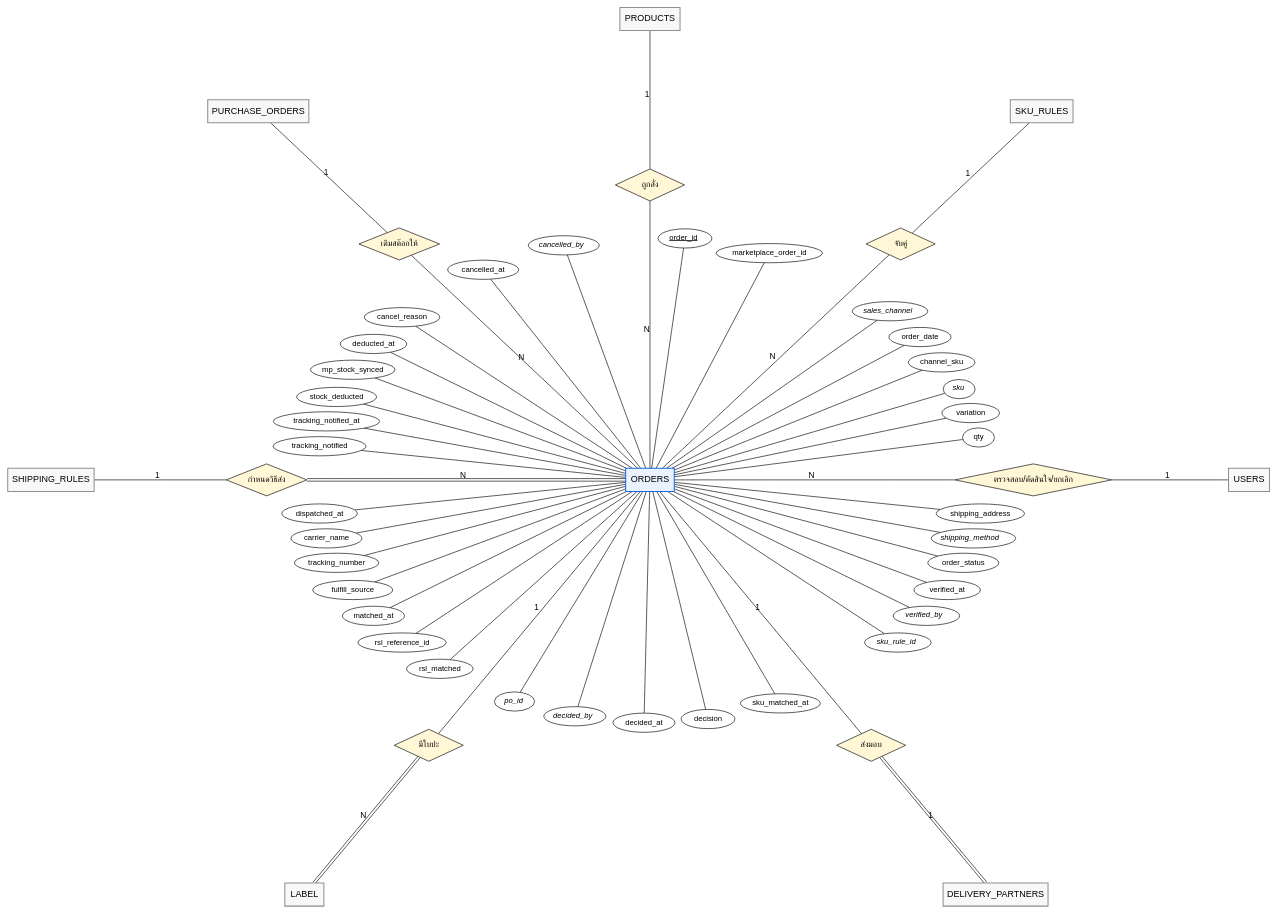
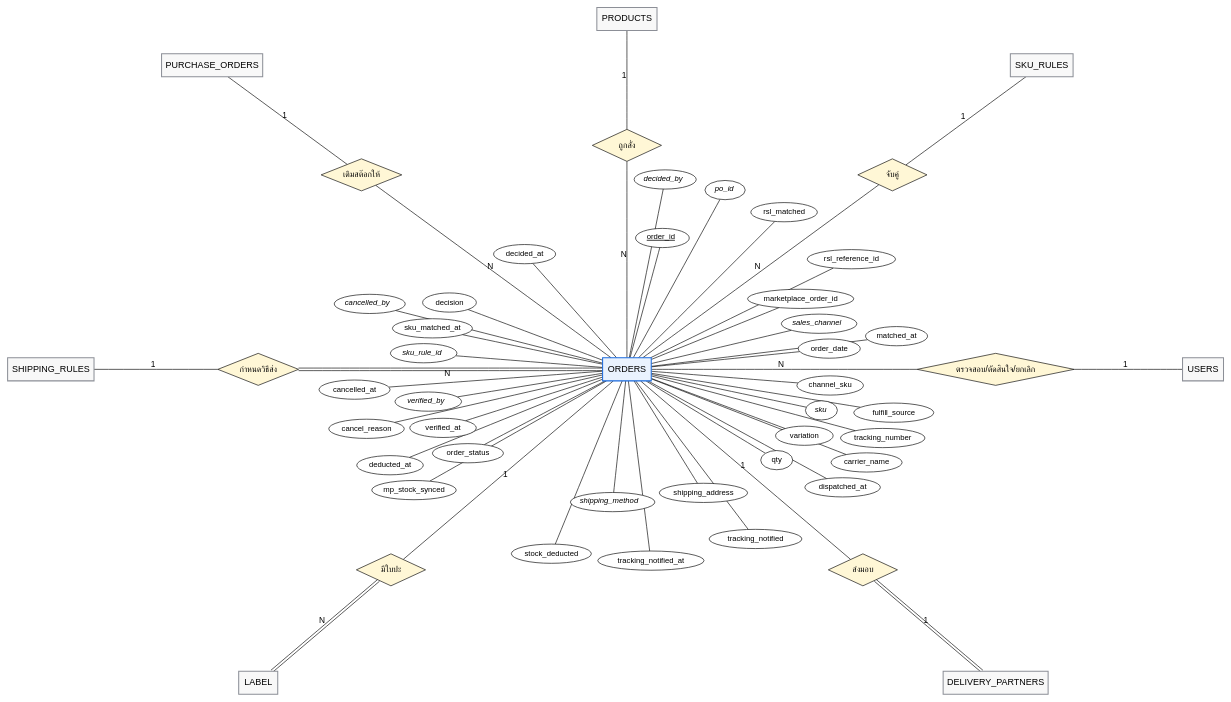
One commit to xbpkdi/321-sa-proj changed the diagram in 04-chapter2-diagrams-database/diagrams/src/er-1.dot. Above: the diagram before and after it, drawn with Graphviz. The commit also changed 32 other files, not shown here.

Commit message:
docs: split class diagrams into smaller groups and tighten orders er

```diff
--- a/04-chapter2-diagrams-database/diagrams/src/er-1.dot
+++ b/04-chapter2-diagrams-database/diagrams/src/er-1.dot
@@ -1,101 +1,101 @@
 graph ER {
   layout=neato; overlap=true; splines=line; outputorder=edgesfirst;
   node [fontname="Helvetica", fontsize=14]; edge [fontname="Helvetica", fontsize=13];
-  "rel0" [pos="0.00,6.40!", shape=diamond, style=filled, fillcolor="#fff7d6", label="ถูกสั่ง", fontsize=13, fixedsize=true, width=1.50, height=0.7];
+  "rel0" [pos="0.00,4.86!", shape=diamond, style=filled, fillcolor="#fff7d6", label="ถูกสั่ง", fontsize=13, fixedsize=true, width=1.50, height=0.7];
   "products" -- "rel0" [label="1"];
   "rel0" -- "orders" [label="N"];
-  "rel1" [pos="5.44,5.12!", shape=diamond, style=filled, fillcolor="#fff7d6", label="จับคู่", fontsize=13, fixedsize=true, width=1.50, height=0.7];
+  "rel1" [pos="5.76,4.22!", shape=diamond, style=filled, fillcolor="#fff7d6", label="จับคู่", fontsize=13, fixedsize=true, width=1.50, height=0.7];
   "sku_rules" -- "rel1" [label="1"];
   "rel1" -- "orders" [label="N"];
-  "rel2" [pos="-5.44,5.12!", shape=diamond, style=filled, fillcolor="#fff7d6", label="เติมสต๊อกให้", fontsize=13, fixedsize=true, width=1.75, height=0.7];
+  "rel2" [pos="-5.76,4.22!", shape=diamond, style=filled, fillcolor="#fff7d6", label="เติมสต๊อกให้", fontsize=13, fixedsize=true, width=1.75, height=0.7];
   "purchase_orders" -- "rel2" [label="1"];
   "rel2" -- "orders" [label="N"];
-  "rel3" [pos="-8.32,0.00!", shape=diamond, style=filled, fillcolor="#fff7d6", label="กำหนดวิธีส่ง", fontsize=13, fixedsize=true, width=1.75, height=0.7];
+  "rel3" [pos="-8.00,0.00!", shape=diamond, style=filled, fillcolor="#fff7d6", label="กำหนดวิธีส่ง", fontsize=13, fixedsize=true, width=1.75, height=0.7];
   "shipping_rules" -- "rel3" [label="1"];
   "rel3" -- "orders" [label="N", color="black:invis:black"];
-  "rel4" [pos="8.32,0.00!", shape=diamond, style=filled, fillcolor="#fff7d6", label="ตรวจสอบ/ตัดสินใจ/ยกเลิก", fontsize=13, fixedsize=true, width=3.40, height=0.7];
+  "rel4" [pos="8.00,0.00!", shape=diamond, style=filled, fillcolor="#fff7d6", label="ตรวจสอบ/ตัดสินใจ/ยกเลิก", fontsize=13, fixedsize=true, width=3.40, height=0.7];
   "users" -- "rel4" [label="1"];
   "rel4" -- "orders" [label="N"];
-  "rel5" [pos="-4.80,-5.76!", shape=diamond, style=filled, fillcolor="#fff7d6", label="มีใบปะ", fontsize=13, fixedsize=true, width=1.50, height=0.7];
+  "rel5" [pos="-5.12,-4.35!", shape=diamond, style=filled, fillcolor="#fff7d6", label="มีใบปะ", fontsize=13, fixedsize=true, width=1.50, height=0.7];
   "orders" -- "rel5" [label="1"];
   "rel5" -- "label" [label="N", color="black:invis:black"];
-  "rel6" [pos="4.80,-5.76!", shape=diamond, style=filled, fillcolor="#fff7d6", label="ส่งมอบ", fontsize=13, fixedsize=true, width=1.50, height=0.7];
+  "rel6" [pos="5.12,-4.35!", shape=diamond, style=filled, fillcolor="#fff7d6", label="ส่งมอบ", fontsize=13, fixedsize=true, width=1.50, height=0.7];
   "orders" -- "rel6" [label="1"];
   "rel6" -- "delivery_partners" [label="1", color="black:invis:black"];
-  "users" [pos="13.00,0.00!", shape=box, style="filled", fillcolor="#f8f8f8", color="#8c8f97", penwidth=1.6, label="USERS"];
-  "products" [pos="0.00,10.00!", shape=box, style="filled", fillcolor="#f8f8f8", color="#8c8f97", penwidth=1.6, label="PRODUCTS"];
-  "sku_rules" [pos="8.50,8.00!", shape=box, style="filled", fillcolor="#f8f8f8", color="#8c8f97", penwidth=1.6, label="SKU_RULES"];
-  "purchase_orders" [pos="-8.50,8.00!", shape=box, style="filled", fillcolor="#f8f8f8", color="#8c8f97", penwidth=1.6, label="PURCHASE_ORDERS"];
-  "shipping_rules" [pos="-13.00,0.00!", shape=box, style="filled", fillcolor="#f8f8f8", color="#8c8f97", penwidth=1.6, label="SHIPPING_RULES"];
+  "users" [pos="12.50,0.00!", shape=box, style="filled", fillcolor="#f8f8f8", color="#8c8f97", penwidth=1.6, label="USERS"];
+  "products" [pos="0.00,7.60!", shape=box, style="filled", fillcolor="#f8f8f8", color="#8c8f97", penwidth=1.6, label="PRODUCTS"];
+  "sku_rules" [pos="9.00,6.60!", shape=box, style="filled", fillcolor="#f8f8f8", color="#8c8f97", penwidth=1.6, label="SKU_RULES"];
+  "purchase_orders" [pos="-9.00,6.60!", shape=box, style="filled", fillcolor="#f8f8f8", color="#8c8f97", penwidth=1.6, label="PURCHASE_ORDERS"];
+  "shipping_rules" [pos="-12.50,0.00!", shape=box, style="filled", fillcolor="#f8f8f8", color="#8c8f97", penwidth=1.6, label="SHIPPING_RULES"];
   "orders" [pos="0.00,0.00!", shape=box, style="filled", fillcolor="#e9f2fe", color="#1868db", penwidth=1.6, label="ORDERS"];
-  "orders.order_id" [pos="0.76,5.24!", shape=ellipse, style=filled, fillcolor=white, label=<<u>order_id</u>>, fontsize=12, fixedsize=true, width=1.16, height=0.42];
+  "orders.order_id" [pos="0.77,2.85!", shape=ellipse, style=filled, fillcolor=white, label=<<u>order_id</u>>, fontsize=12, fixedsize=true, width=1.16, height=0.42];
   "orders" -- "orders.order_id";
-  "orders.marketplace_order_id" [pos="2.59,4.92!", shape=ellipse, style=filled, fillcolor=white, label="marketplace_order_id", fontsize=12, fixedsize=true, width=2.30, height=0.42];
+  "orders.marketplace_order_id" [pos="3.77,1.53!", shape=ellipse, style=filled, fillcolor=white, label="marketplace_order_id", fontsize=12, fixedsize=true, width=2.30, height=0.42];
   "orders" -- "orders.marketplace_order_id";
-  "orders.sales_channel" [pos="5.21,3.66!", shape=ellipse, style=filled, fillcolor=white, label=<<i>sales_channel</i>>, fontsize=12, fixedsize=true, width=1.64, height=0.42];
+  "orders.sales_channel" [pos="4.17,0.99!", shape=ellipse, style=filled, fillcolor=white, label=<<i>sales_channel</i>>, fontsize=12, fixedsize=true, width=1.64, height=0.42];
   "orders" -- "orders.sales_channel";
-  "orders.order_date" [pos="5.86,3.10!", shape=ellipse, style=filled, fillcolor=white, label="order_date", fontsize=12, fixedsize=true, width=1.35, height=0.42];
+  "orders.order_date" [pos="4.39,0.45!", shape=ellipse, style=filled, fillcolor=white, label="order_date", fontsize=12, fixedsize=true, width=1.35, height=0.42];
   "orders" -- "orders.order_date";
-  "orders.channel_sku" [pos="6.33,2.55!", shape=ellipse, style=filled, fillcolor=white, label="channel_sku", fontsize=12, fixedsize=true, width=1.44, height=0.42];
+  "orders.channel_sku" [pos="4.41,-0.35!", shape=ellipse, style=filled, fillcolor=white, label="channel_sku", fontsize=12, fixedsize=true, width=1.44, height=0.42];
   "orders" -- "orders.channel_sku";
-  "orders.sku" [pos="6.71,1.97!", shape=ellipse, style=filled, fillcolor=white, label=<<i>sku</i>>, fontsize=12, fixedsize=true, width=0.69, height=0.42];
+  "orders.sku" [pos="4.22,-0.89!", shape=ellipse, style=filled, fillcolor=white, label=<<i>sku</i>>, fontsize=12, fixedsize=true, width=0.69, height=0.42];
   "orders" -- "orders.sku";
-  "orders.variation" [pos="6.96,1.45!", shape=ellipse, style=filled, fillcolor=white, label="variation", fontsize=12, fixedsize=true, width=1.25, height=0.42];
+  "orders.variation" [pos="3.85,-1.44!", shape=ellipse, style=filled, fillcolor=white, label="variation", fontsize=12, fixedsize=true, width=1.25, height=0.42];
   "orders" -- "orders.variation";
-  "orders.qty" [pos="7.13,0.92!", shape=ellipse, style=filled, fillcolor=white, label="qty", fontsize=12, fixedsize=true, width=0.69, height=0.42];
+  "orders.qty" [pos="3.25,-1.97!", shape=ellipse, style=filled, fillcolor=white, label="qty", fontsize=12, fixedsize=true, width=0.69, height=0.42];
   "orders" -- "orders.qty";
-  "orders.shipping_address" [pos="7.17,-0.73!", shape=ellipse, style=filled, fillcolor=white, label="shipping_address", fontsize=12, fixedsize=true, width=1.92, height=0.42];
+  "orders.shipping_address" [pos="1.66,-2.68!", shape=ellipse, style=filled, fillcolor=white, label="shipping_address", fontsize=12, fixedsize=true, width=1.92, height=0.42];
   "orders" -- "orders.shipping_address";
-  "orders.shipping_method" [pos="7.02,-1.27!", shape=ellipse, style=filled, fillcolor=white, label=<<i>shipping_method</i>>, fontsize=12, fixedsize=true, width=1.83, height=0.42];
+  "orders.shipping_method" [pos="-0.31,-2.88!", shape=ellipse, style=filled, fillcolor=white, label=<<i>shipping_method</i>>, fontsize=12, fixedsize=true, width=1.83, height=0.42];
   "orders" -- "orders.shipping_method";
-  "orders.order_status" [pos="6.80,-1.80!", shape=ellipse, style=filled, fillcolor=white, label="order_status", fontsize=12, fixedsize=true, width=1.54, height=0.42];
+  "orders.order_status" [pos="-3.45,-1.82!", shape=ellipse, style=filled, fillcolor=white, label="order_status", fontsize=12, fixedsize=true, width=1.54, height=0.42];
   "orders" -- "orders.order_status";
-  "orders.verified_at" [pos="6.45,-2.39!", shape=ellipse, style=filled, fillcolor=white, label="verified_at", fontsize=12, fixedsize=true, width=1.44, height=0.42];
+  "orders.verified_at" [pos="-3.99,-1.27!", shape=ellipse, style=filled, fillcolor=white, label="verified_at", fontsize=12, fixedsize=true, width=1.44, height=0.42];
   "orders" -- "orders.verified_at";
-  "orders.verified_by" [pos="6.00,-2.95!", shape=ellipse, style=filled, fillcolor=white, label=<<i>verified_by</i>>, fontsize=12, fixedsize=true, width=1.44, height=0.42];
+  "orders.verified_by" [pos="-4.31,-0.70!", shape=ellipse, style=filled, fillcolor=white, label=<<i>verified_by</i>>, fontsize=12, fixedsize=true, width=1.44, height=0.42];
   "orders" -- "orders.verified_by";
-  "orders.sku_rule_id" [pos="5.38,-3.53!", shape=ellipse, style=filled, fillcolor=white, label=<<i>sku_rule_id</i>>, fontsize=12, fixedsize=true, width=1.44, height=0.42];
+  "orders.sku_rule_id" [pos="-4.41,0.35!", shape=ellipse, style=filled, fillcolor=white, label=<<i>sku_rule_id</i>>, fontsize=12, fixedsize=true, width=1.44, height=0.42];
   "orders" -- "orders.sku_rule_id";
-  "orders.sku_matched_at" [pos="2.83,-4.85!", shape=ellipse, style=filled, fillcolor=white, label="sku_matched_at", fontsize=12, fixedsize=true, width=1.73, height=0.42];
+  "orders.sku_matched_at" [pos="-4.22,0.89!", shape=ellipse, style=filled, fillcolor=white, label="sku_matched_at", fontsize=12, fixedsize=true, width=1.73, height=0.42];
   "orders" -- "orders.sku_matched_at";
-  "orders.decision" [pos="1.26,-5.19!", shape=ellipse, style=filled, fillcolor=white, label="decision", fontsize=12, fixedsize=true, width=1.16, height=0.42];
+  "orders.decision" [pos="-3.85,1.45!", shape=ellipse, style=filled, fillcolor=white, label="decision", fontsize=12, fixedsize=true, width=1.16, height=0.42];
   "orders" -- "orders.decision";
-  "orders.decided_at" [pos="-0.13,-5.27!", shape=ellipse, style=filled, fillcolor=white, label="decided_at", fontsize=12, fixedsize=true, width=1.35, height=0.42];
+  "orders.decided_at" [pos="-2.22,2.50!", shape=ellipse, style=filled, fillcolor=white, label="decided_at", fontsize=12, fixedsize=true, width=1.35, height=0.42];
   "orders" -- "orders.decided_at";
-  "orders.decided_by" [pos="-1.63,-5.13!", shape=ellipse, style=filled, fillcolor=white, label=<<i>decided_by</i>>, fontsize=12, fixedsize=true, width=1.35, height=0.42];
+  "orders.decided_by" [pos="0.83,4.12!", shape=ellipse, style=filled, fillcolor=white, label=<<i>decided_by</i>>, fontsize=12, fixedsize=true, width=1.35, height=0.42];
   "orders" -- "orders.decided_by";
-  "orders.po_id" [pos="-2.94,-4.81!", shape=ellipse, style=filled, fillcolor=white, label=<<i>po_id</i>>, fontsize=12, fixedsize=true, width=0.88, height=0.42];
+  "orders.po_id" [pos="2.13,3.89!", shape=ellipse, style=filled, fillcolor=white, label=<<i>po_id</i>>, fontsize=12, fixedsize=true, width=0.88, height=0.42];
   "orders" -- "orders.po_id";
-  "orders.rsl_matched" [pos="-4.56,-4.10!", shape=ellipse, style=filled, fillcolor=white, label="rsl_matched", fontsize=12, fixedsize=true, width=1.44, height=0.42];
+  "orders.rsl_matched" [pos="3.41,3.41!", shape=ellipse, style=filled, fillcolor=white, label="rsl_matched", fontsize=12, fixedsize=true, width=1.44, height=0.42];
   "orders" -- "orders.rsl_matched";
-  "orders.rsl_reference_id" [pos="-5.38,-3.53!", shape=ellipse, style=filled, fillcolor=white, label="rsl_reference_id", fontsize=12, fixedsize=true, width=1.92, height=0.42];
+  "orders.rsl_reference_id" [pos="4.87,2.39!", shape=ellipse, style=filled, fillcolor=white, label="rsl_reference_id", fontsize=12, fixedsize=true, width=1.92, height=0.42];
   "orders" -- "orders.rsl_reference_id";
-  "orders.matched_at" [pos="-6.00,-2.95!", shape=ellipse, style=filled, fillcolor=white, label="matched_at", fontsize=12, fixedsize=true, width=1.35, height=0.42];
+  "orders.matched_at" [pos="5.85,0.72!", shape=ellipse, style=filled, fillcolor=white, label="matched_at", fontsize=12, fixedsize=true, width=1.35, height=0.42];
   "orders" -- "orders.matched_at";
-  "orders.fulfill_source" [pos="-6.45,-2.39!", shape=ellipse, style=filled, fillcolor=white, label="fulfill_source", fontsize=12, fixedsize=true, width=1.73, height=0.42];
+  "orders.fulfill_source" [pos="5.79,-0.94!", shape=ellipse, style=filled, fillcolor=white, label="fulfill_source", fontsize=12, fixedsize=true, width=1.73, height=0.42];
   "orders" -- "orders.fulfill_source";
-  "orders.tracking_number" [pos="-6.80,-1.80!", shape=ellipse, style=filled, fillcolor=white, label="tracking_number", fontsize=12, fixedsize=true, width=1.83, height=0.42];
+  "orders.tracking_number" [pos="5.55,-1.49!", shape=ellipse, style=filled, fillcolor=white, label="tracking_number", fontsize=12, fixedsize=true, width=1.83, height=0.42];
   "orders" -- "orders.tracking_number";
-  "orders.carrier_name" [pos="-7.02,-1.27!", shape=ellipse, style=filled, fillcolor=white, label="carrier_name", fontsize=12, fixedsize=true, width=1.54, height=0.42];
+  "orders.carrier_name" [pos="5.20,-2.02!", shape=ellipse, style=filled, fillcolor=white, label="carrier_name", fontsize=12, fixedsize=true, width=1.54, height=0.42];
   "orders" -- "orders.carrier_name";
-  "orders.dispatched_at" [pos="-7.17,-0.73!", shape=ellipse, style=filled, fillcolor=white, label="dispatched_at", fontsize=12, fixedsize=true, width=1.64, height=0.42];
+  "orders.dispatched_at" [pos="4.68,-2.56!", shape=ellipse, style=filled, fillcolor=white, label="dispatched_at", fontsize=12, fixedsize=true, width=1.64, height=0.42];
   "orders" -- "orders.dispatched_at";
-  "orders.tracking_notified" [pos="-7.17,0.73!", shape=ellipse, style=filled, fillcolor=white, label="tracking_notified", fontsize=12, fixedsize=true, width=2.02, height=0.42];
+  "orders.tracking_notified" [pos="2.79,-3.68!", shape=ellipse, style=filled, fillcolor=white, label="tracking_notified", fontsize=12, fixedsize=true, width=2.02, height=0.42];
   "orders" -- "orders.tracking_notified";
-  "orders.tracking_notified_at" [pos="-7.02,1.27!", shape=ellipse, style=filled, fillcolor=white, label="tracking_notified_at", fontsize=12, fixedsize=true, width=2.30, height=0.42];
+  "orders.tracking_notified_at" [pos="0.52,-4.15!", shape=ellipse, style=filled, fillcolor=white, label="tracking_notified_at", fontsize=12, fixedsize=true, width=2.30, height=0.42];
   "orders" -- "orders.tracking_notified_at";
-  "orders.stock_deducted" [pos="-6.80,1.80!", shape=ellipse, style=filled, fillcolor=white, label="stock_deducted", fontsize=12, fixedsize=true, width=1.73, height=0.42];
+  "orders.stock_deducted" [pos="-1.64,-4.00!", shape=ellipse, style=filled, fillcolor=white, label="stock_deducted", fontsize=12, fixedsize=true, width=1.73, height=0.42];
   "orders" -- "orders.stock_deducted";
-  "orders.mp_stock_synced" [pos="-6.45,2.39!", shape=ellipse, style=filled, fillcolor=white, label="mp_stock_synced", fontsize=12, fixedsize=true, width=1.83, height=0.42];
+  "orders.mp_stock_synced" [pos="-4.62,-2.62!", shape=ellipse, style=filled, fillcolor=white, label="mp_stock_synced", fontsize=12, fixedsize=true, width=1.83, height=0.42];
   "orders" -- "orders.mp_stock_synced";
-  "orders.deducted_at" [pos="-6.00,2.95!", shape=ellipse, style=filled, fillcolor=white, label="deducted_at", fontsize=12, fixedsize=true, width=1.44, height=0.42];
+  "orders.deducted_at" [pos="-5.14,-2.08!", shape=ellipse, style=filled, fillcolor=white, label="deducted_at", fontsize=12, fixedsize=true, width=1.44, height=0.42];
   "orders" -- "orders.deducted_at";
-  "orders.cancel_reason" [pos="-5.38,3.53!", shape=ellipse, style=filled, fillcolor=white, label="cancel_reason", fontsize=12, fixedsize=true, width=1.64, height=0.42];
+  "orders.cancel_reason" [pos="-5.65,-1.29!", shape=ellipse, style=filled, fillcolor=white, label="cancel_reason", fontsize=12, fixedsize=true, width=1.64, height=0.42];
   "orders" -- "orders.cancel_reason";
-  "orders.cancelled_at" [pos="-3.62,4.56!", shape=ellipse, style=filled, fillcolor=white, label="cancelled_at", fontsize=12, fixedsize=true, width=1.54, height=0.42];
+  "orders.cancelled_at" [pos="-5.91,-0.44!", shape=ellipse, style=filled, fillcolor=white, label="cancelled_at", fontsize=12, fixedsize=true, width=1.54, height=0.42];
   "orders" -- "orders.cancelled_at";
-  "orders.cancelled_by" [pos="-1.87,5.09!", shape=ellipse, style=filled, fillcolor=white, label=<<i>cancelled_by</i>>, fontsize=12, fixedsize=true, width=1.54, height=0.42];
+  "orders.cancelled_by" [pos="-5.58,1.42!", shape=ellipse, style=filled, fillcolor=white, label=<<i>cancelled_by</i>>, fontsize=12, fixedsize=true, width=1.54, height=0.42];
   "orders" -- "orders.cancelled_by";
-  "label" [pos="-7.50,-9.00!", shape=box, style="filled", fillcolor="#f8f8f8", color="#8c8f97", penwidth=1.6, label="LABEL"];
-  "delivery_partners" [pos="7.50,-9.00!", shape=box, style="filled", fillcolor="#f8f8f8", color="#8c8f97", penwidth=1.6, label="DELIVERY_PARTNERS"];
+  "label" [pos="-8.00,-6.80!", shape=box, style="filled", fillcolor="#f8f8f8", color="#8c8f97", penwidth=1.6, label="LABEL"];
+  "delivery_partners" [pos="8.00,-6.80!", shape=box, style="filled", fillcolor="#f8f8f8", color="#8c8f97", penwidth=1.6, label="DELIVERY_PARTNERS"];
 }
```
